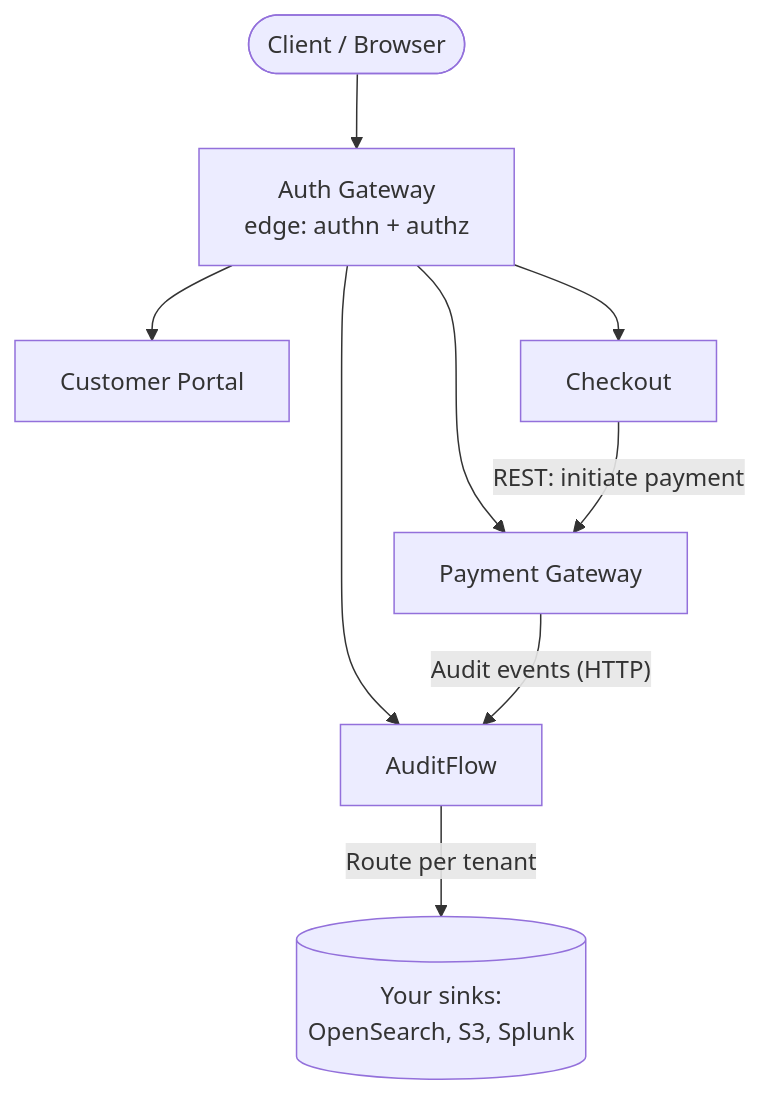
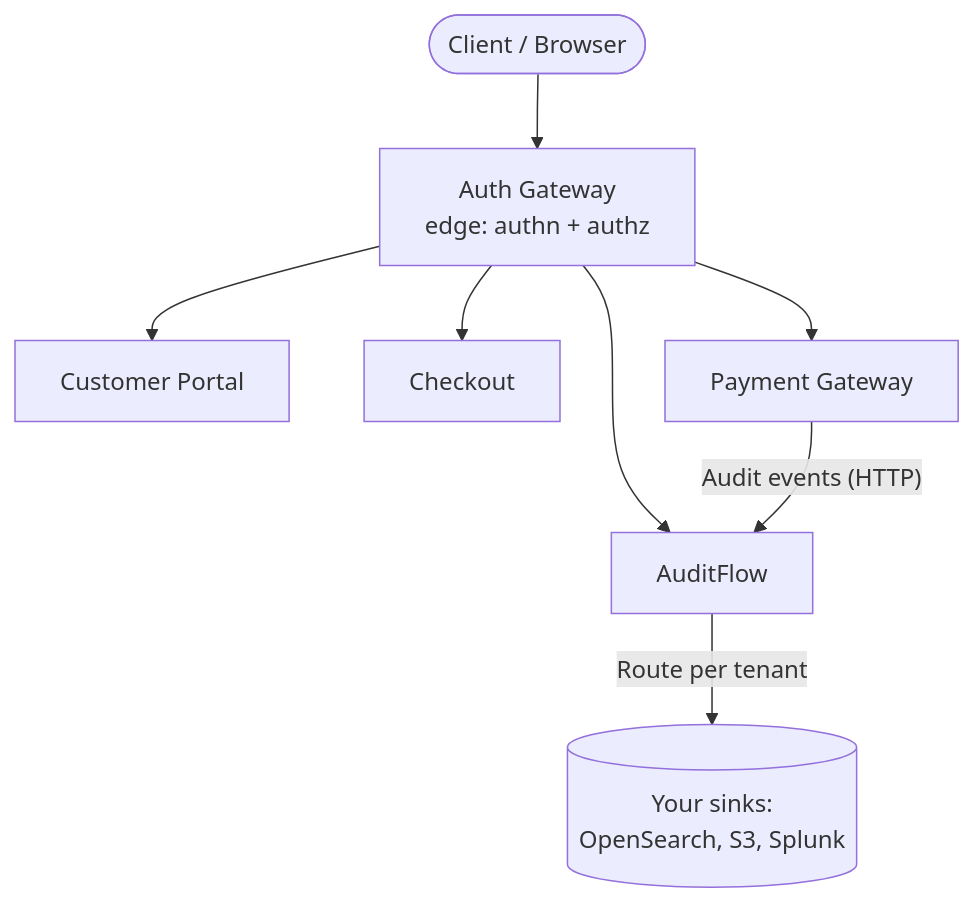
The diagram in introduction/index.md (Labs64/labs64.io-docs), drawn with Mermaid before and after one commit. The commit also changed other lines of this file and 27 other files, not shown here.

First line of the commit message:
Make the public docs the primary architecture and module reference

````diff
--- a/introduction/index.md
+++ b/introduction/index.md
@@ -27,12 +27,11 @@
 ```mermaid
 flowchart TB
   Client(["Client / Browser"]) --> AG["Auth Gateway<br/>edge: authn + authz"]
   AG --> CP[Customer Portal]
   AG --> CO[Checkout]
   AG --> PG[Payment Gateway]
   AG --> AF[AuditFlow]
 
-  CO -->|"REST: initiate payment"| PG
   PG -->|"Audit events (HTTP)"| AF
   AF -->|"Route per tenant"| SINKS[("Your sinks:<br/>OpenSearch, S3, Splunk")]
 ```
````
